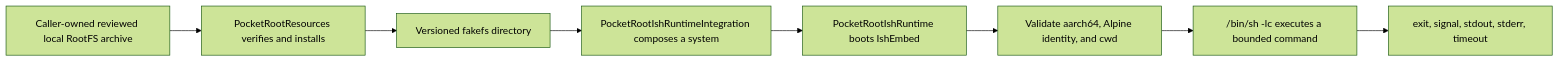
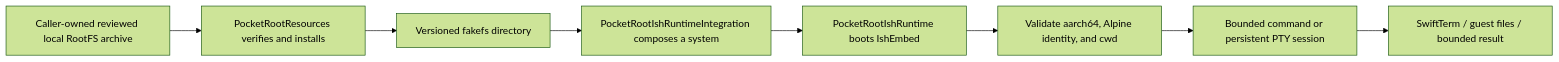
Before and after one commit to jacklv-coder/PocketRoot: the diagram in README.en.md, drawn with Mermaid (forest theme). The commit also changed other lines of this file and 62 other files, not shown here.

Commit message:
feat: add persistent PTY terminal and guest files

````diff
--- a/README.en.md
+++ b/README.en.md
@@ -34,10 +36,10 @@
 ```mermaid
 flowchart LR
     A["Caller-owned reviewed local RootFS archive"] --> B["PocketRootResources verifies and installs"]
     B --> C["Versioned fakefs directory"]
     C --> D["PocketRootIshRuntimeIntegration composes a system"]
     D --> E["PocketRootIshRuntime boots IshEmbed"]
     E --> F["Validate aarch64, Alpine identity, and cwd"]
-    F --> G["/bin/sh -lc executes a bounded command"]
-    G --> H["exit, signal, stdout, stderr, timeout"]
+    F --> G["Bounded command or persistent PTY session"]
+    G --> H["SwiftTerm / guest files / bounded result"]
 ```
````
